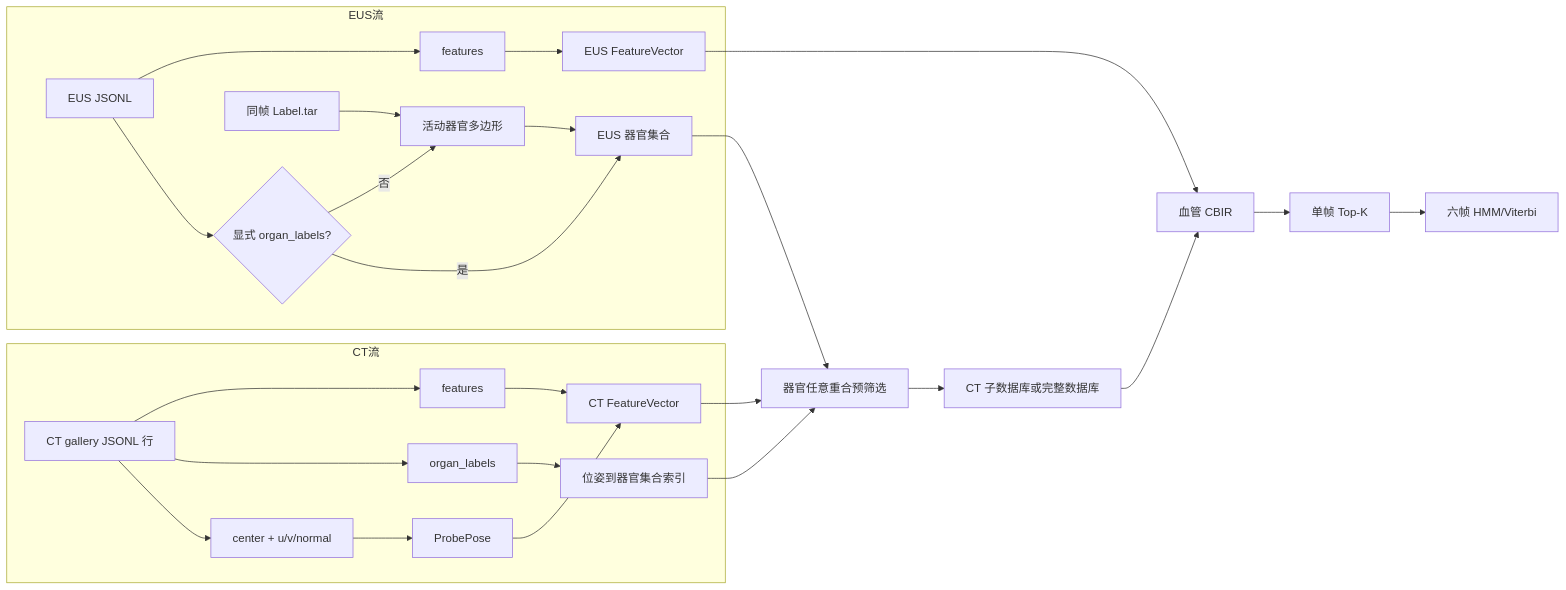
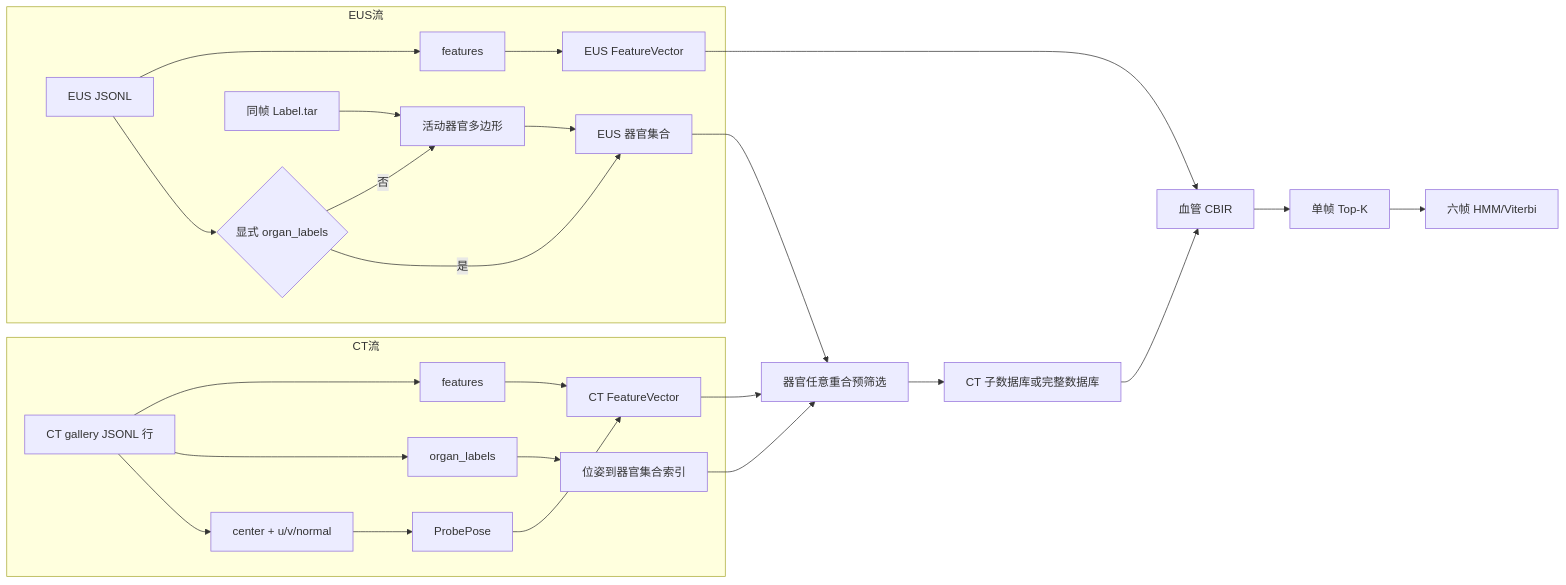
Before and after one commit to wqpw01/2021HMM: the second of 3 diagrams in PROJECT_GUIDE_zh.md, drawn with Mermaid. The commit also changed other lines of this file and 1 other file, not shown here.

Commit message:
docs: clarify EUS query gating and fix Mermaid diagrams

````diff
--- a/PROJECT_GUIDE_zh.md
+++ b/PROJECT_GUIDE_zh.md
@@ -175,31 +182,31 @@
 ```mermaid
 flowchart LR
     subgraph CT流
-        CTJ[CT gallery JSONL 行] --> CTF[features]
-        CTJ --> CTO[organ_labels]
-        CTJ --> CTP[center + u/v/normal]
-        CTF --> CTV[CT FeatureVector]
-        CTP --> POSE[ProbePose]
+        CTJ["CT gallery JSONL 行"] --> CTF["features"]
+        CTJ --> CTO["organ_labels"]
+        CTJ --> CTP["center + u/v/normal"]
+        CTF --> CTV["CT FeatureVector"]
+        CTP --> POSE["ProbePose"]
         POSE --> CTV
-        CTO --> IDX[位姿到器官集合索引]
+        CTO --> IDX["位姿到器官集合索引"]
     end
 
     subgraph EUS流
-        EJ[EUS JSONL] --> EF[features]
-        EJ --> EO{显式 organ_labels?}
-        ET[同帧 Label.tar] --> EP[活动器官多边形]
+        EJ["EUS JSONL"] --> EF["features"]
+        EJ --> EO{"显式 organ_labels"}
+        ET["同帧 Label.tar"] --> EP["活动器官多边形"]
         EO -- 否 --> EP
-        EO -- 是 --> QO[EUS 器官集合]
+        EO -- 是 --> QO["EUS 器官集合"]
         EP --> QO
-        EF --> QV[EUS FeatureVector]
+        EF --> QV["EUS FeatureVector"]
     end
 
-    QO --> FILTER[器官任意重合预筛选]
+    QO --> FILTER["器官任意重合预筛选"]
     IDX --> FILTER
     CTV --> FILTER
-    FILTER --> SUBDB[CT 子数据库或完整数据库]
-    SUBDB --> CBIR[血管 CBIR]
+    FILTER --> SUBDB["CT 子数据库或完整数据库"]
+    SUBDB --> CBIR["血管 CBIR"]
     QV --> CBIR
-    CBIR --> TOPK[单帧 Top-K]
-    TOPK --> HMM[六帧 HMM/Viterbi]
+    CBIR --> TOPK["单帧 Top-K"]
+    TOPK --> HMM["六帧 HMM/Viterbi"]
 ```
````
